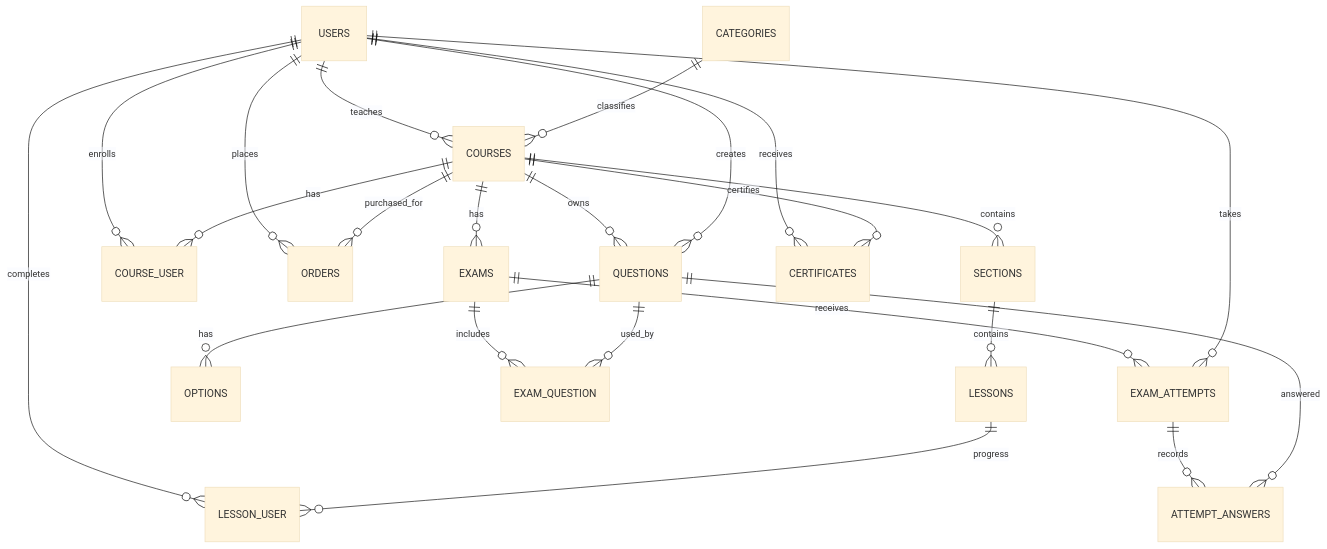
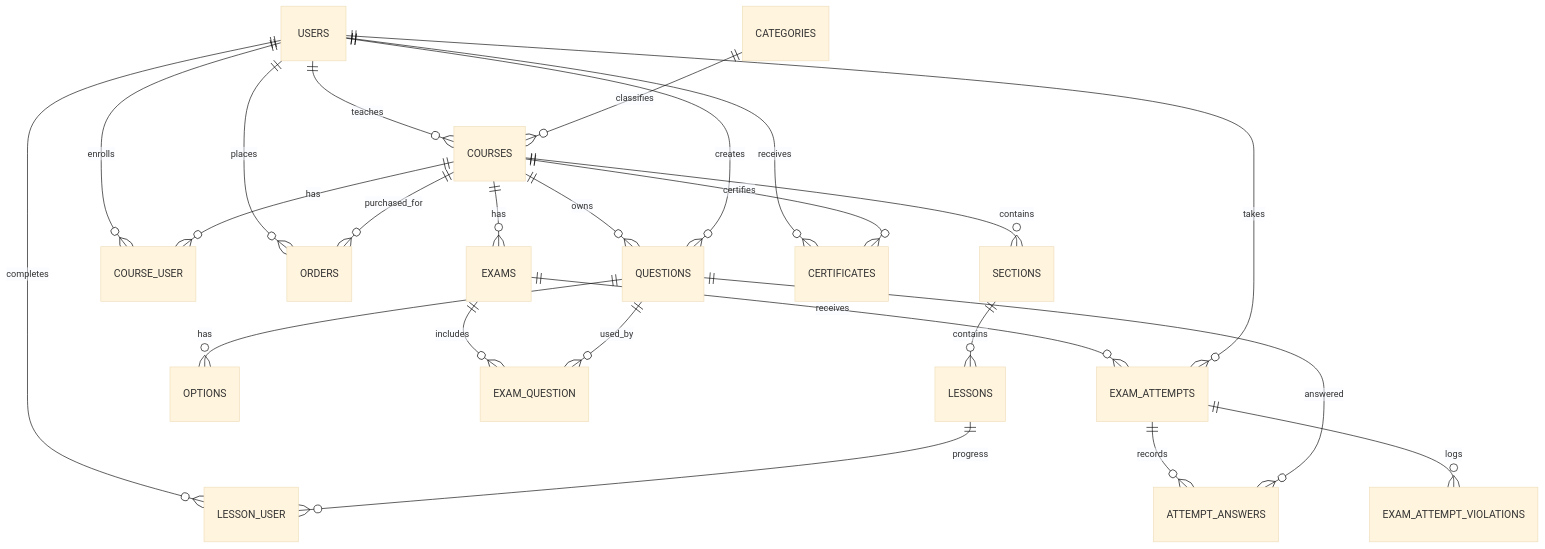
Before and after one commit to TanDoan1234/lms-elearning: the third of 6 diagrams in docs/BAO_CAO.md, drawn with Mermaid (base theme). The commit also changed other lines of this file and 17 other files, not shown here.

````diff
--- a/docs/BAO_CAO.md
+++ b/docs/BAO_CAO.md
@@ -342,25 +346,26 @@
 ```mermaid
 erDiagram
   USERS ||--o{ COURSES : teaches
   CATEGORIES ||--o{ COURSES : classifies
   COURSES ||--o{ SECTIONS : contains
   SECTIONS ||--o{ LESSONS : contains
   USERS ||--o{ COURSE_USER : enrolls
   COURSES ||--o{ COURSE_USER : has
   USERS ||--o{ LESSON_USER : completes
   LESSONS ||--o{ LESSON_USER : progress
   USERS ||--o{ ORDERS : places
   COURSES ||--o{ ORDERS : purchased_for
   COURSES ||--o{ QUESTIONS : owns
   USERS ||--o{ QUESTIONS : creates
   QUESTIONS ||--o{ OPTIONS : has
   COURSES ||--o{ EXAMS : has
   EXAMS ||--o{ EXAM_QUESTION : includes
   QUESTIONS ||--o{ EXAM_QUESTION : used_by
   EXAMS ||--o{ EXAM_ATTEMPTS : receives
+  EXAM_ATTEMPTS ||--o{ EXAM_ATTEMPT_VIOLATIONS : logs
   USERS ||--o{ EXAM_ATTEMPTS : takes
   EXAM_ATTEMPTS ||--o{ ATTEMPT_ANSWERS : records
   QUESTIONS ||--o{ ATTEMPT_ANSWERS : answered
   USERS ||--o{ CERTIFICATES : receives
   COURSES ||--o{ CERTIFICATES : certifies
 ```
````
